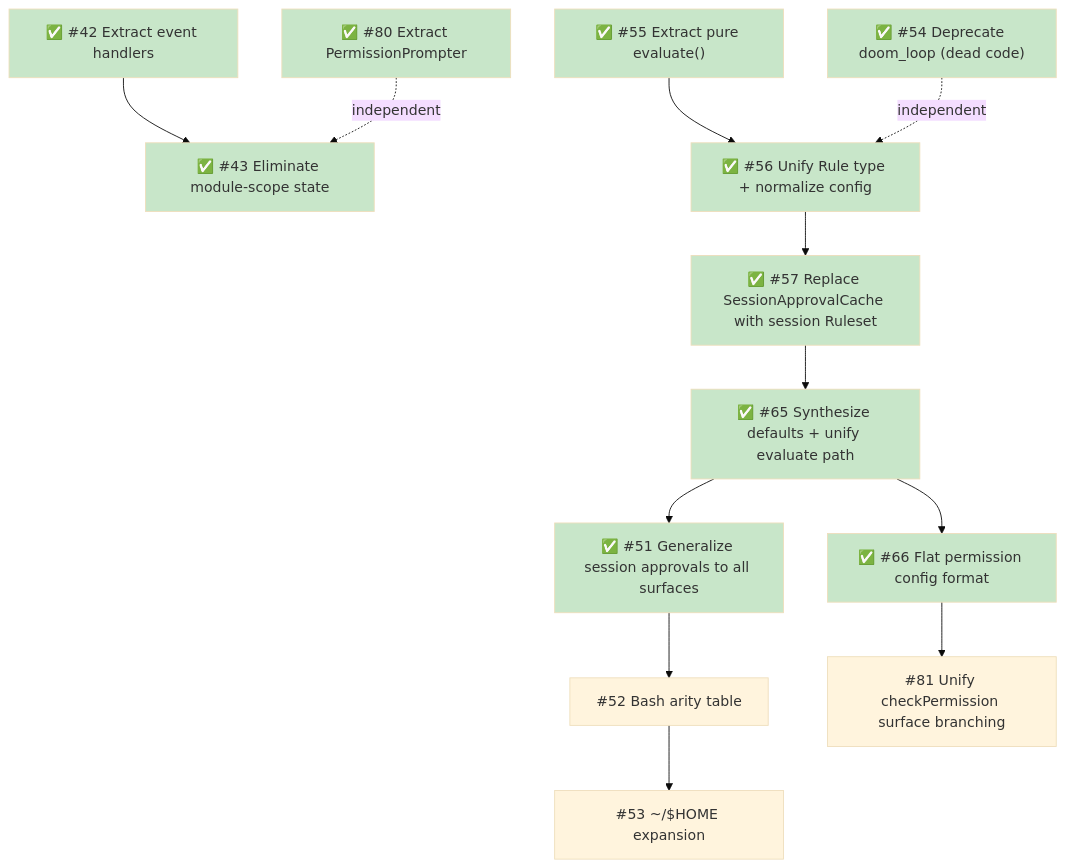
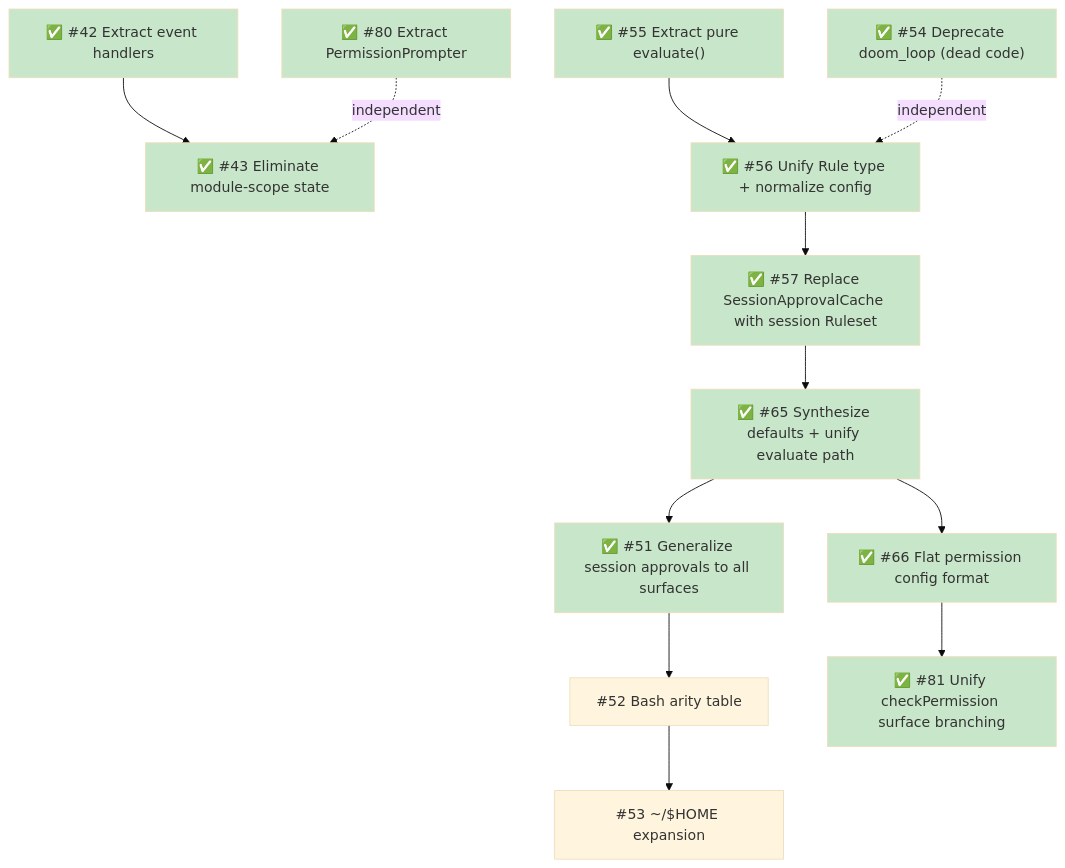
One commit to sycghj/pi-permission-system changed the fourth of 4 diagrams in docs/architecture/target-architecture.md. Above: the diagram before and after it, drawn with Mermaid (base theme). The commit also changed other lines of this file, not shown here.

First line of the commit message:
docs: mark unified checkPermission as implemented in target architecture

````diff
--- a/docs/architecture/target-architecture.md
+++ b/docs/architecture/target-architecture.md
@@ -434,25 +433,26 @@
 ```mermaid
 flowchart TD
     A["✅ #42 Extract event handlers"] --> D["✅ #43 Eliminate module-scope state"]
     B["✅ #55 Extract pure evaluate()"] --> C["✅ #56 Unify Rule type + normalize config"]
     C --> E["✅ #57 Replace SessionApprovalCache with session Ruleset"]
     E --> X["✅ #65 Synthesize defaults + unify evaluate path"]
     X --> F["✅ #51 Generalize session approvals to all surfaces"]
     F --> G["#52 Bash arity table"]
     G --> H["#53 ~/$HOME expansion"]
     X --> Y["✅ #66 Flat permission config format"]
-    Y --> Z["#81 Unify checkPermission surface branching"]
+    Y --> Z["✅ #81 Unify checkPermission surface branching"]
     I["✅ #54 Deprecate doom_loop (dead code)"] -.->|"independent"| C
     J["✅ #80 Extract PermissionPrompter"] -.->|"independent"| D
 
     style A fill:#c8e6c9
     style B fill:#c8e6c9
     style C fill:#c8e6c9
     style D fill:#c8e6c9
     style E fill:#c8e6c9
     style I fill:#c8e6c9
     style X fill:#c8e6c9
     style F fill:#c8e6c9
     style Y fill:#c8e6c9
     style J fill:#c8e6c9
-```
+    style Z fill:#c8e6c9
+  ```
````
